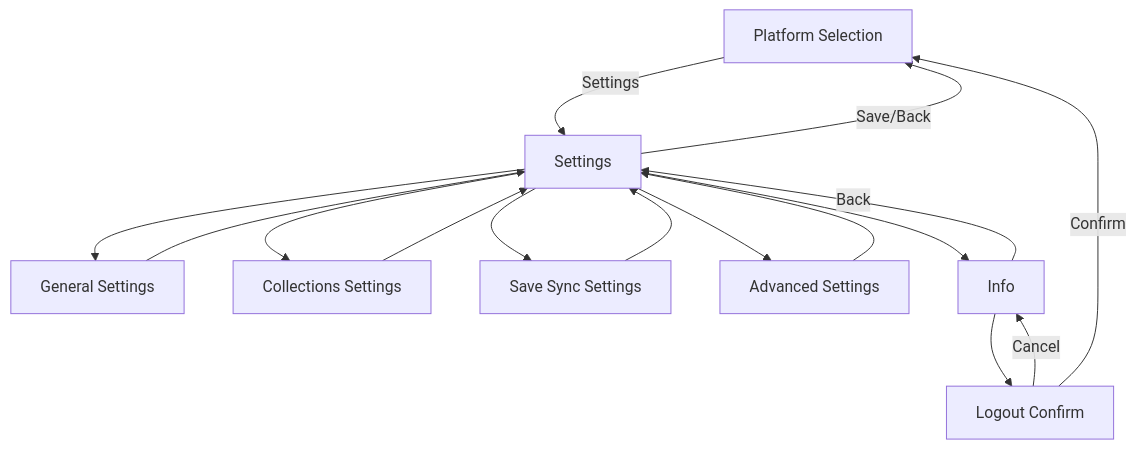
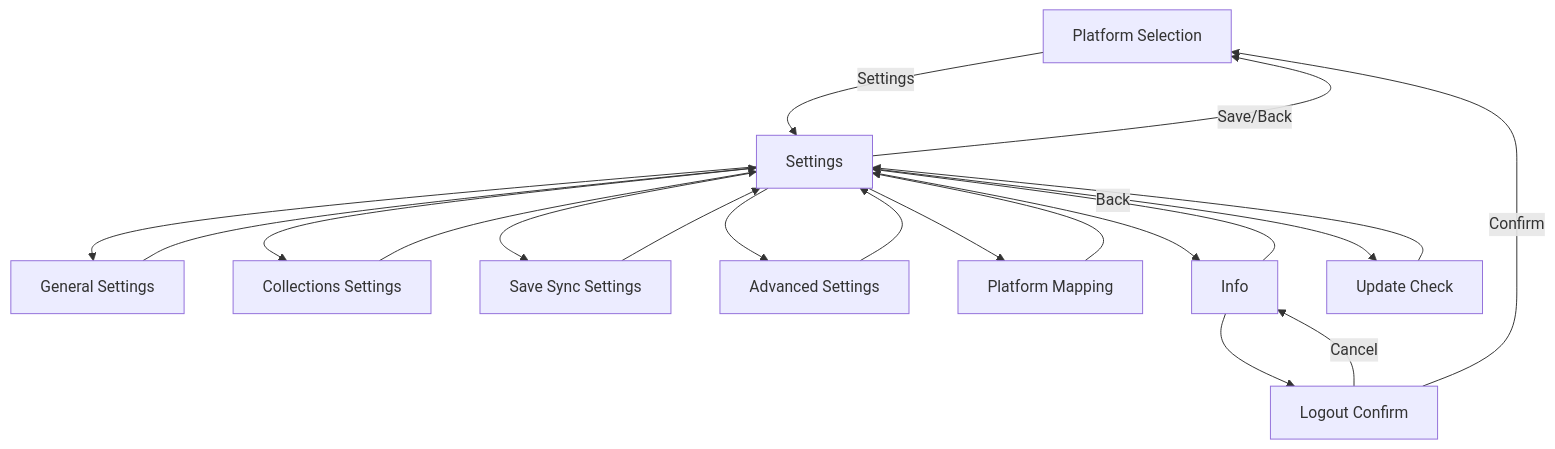
Before and after one commit to rommapp/grout: the third of 4 diagrams in docs/STATE_MACHINE.md, drawn with Mermaid. The commit also changed other lines of this file and 32 other files, not shown here.

````diff
--- a/docs/STATE_MACHINE.md
+++ b/docs/STATE_MACHINE.md
@@ -60,30 +66,36 @@
 ```mermaid
 flowchart TD
     PS[Platform Selection]
     SET[Settings]
     GSET[General Settings]
     CSET[Collections Settings]
     SSSET[Save Sync Settings]
     ASET[Advanced Settings]
+    PM[Platform Mapping]
     INFO[Info]
+    UPD[Update Check]
     LOGOUT[Logout Confirm]
 
     PS -->|"Settings"| SET
     SET -->|"Save/Back"| PS
     SET --> GSET
     SET --> CSET
     SET --> SSSET
     SET --> ASET
+    SET --> PM
     SET --> INFO
+    SET --> UPD
 
     GSET --> SET
     CSET --> SET
     SSSET --> SET
     ASET --> SET
+    PM --> SET
+    UPD --> SET
 
     INFO -->|"Back"| SET
     INFO --> LOGOUT
 
     LOGOUT -->|"Cancel"| INFO
     LOGOUT -->|"Confirm"| PS
 ```
````
